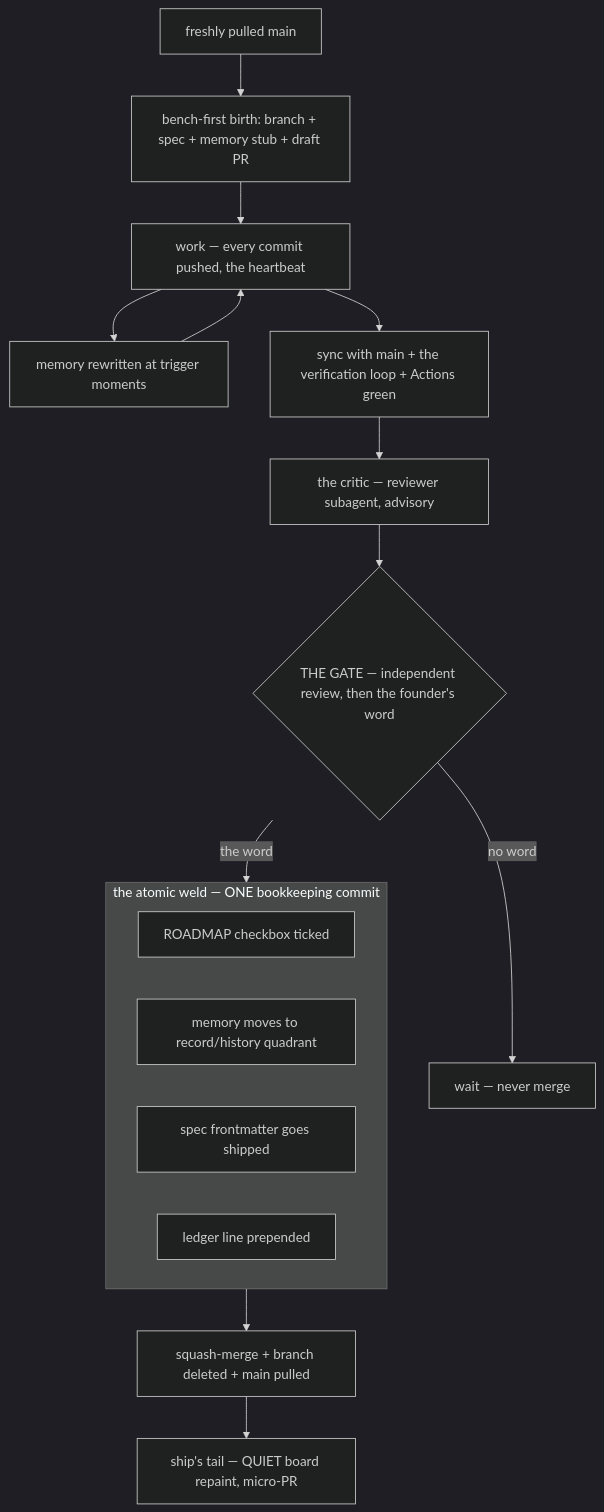
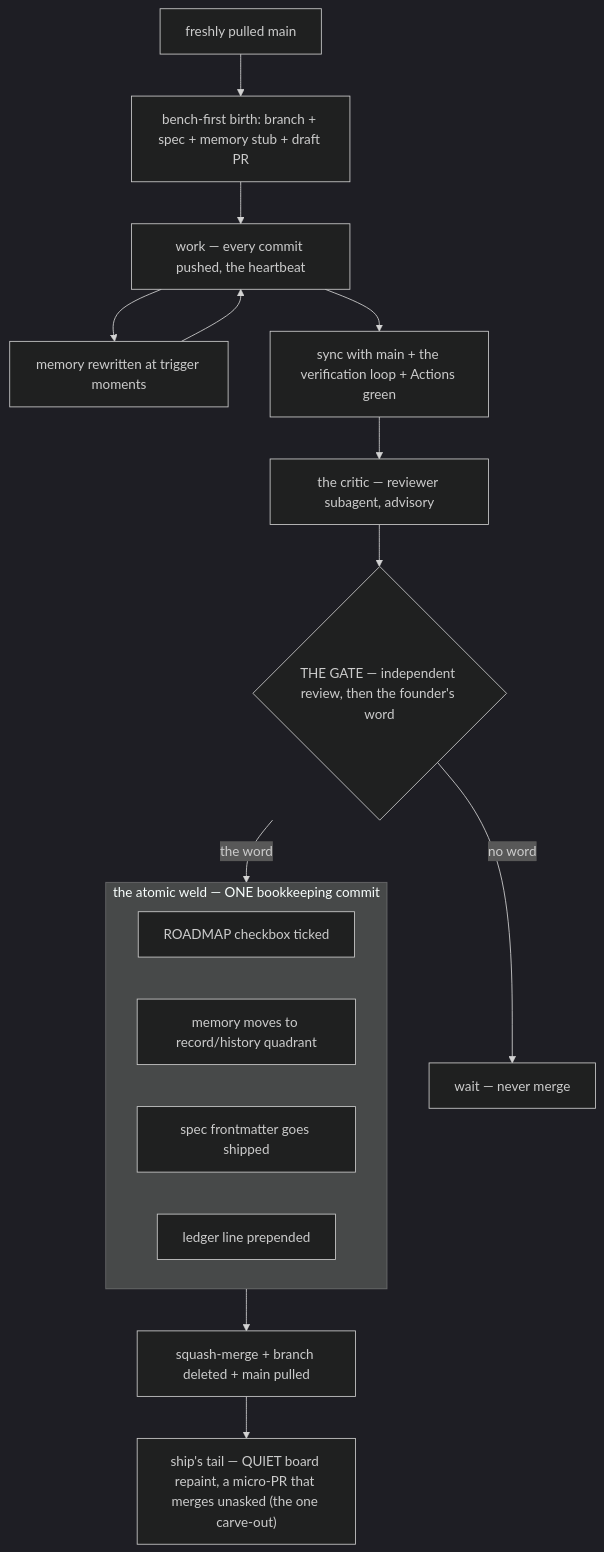
One commit to wsher0901/roam changed the first of 6 diagrams in docs/ATLAS.md. Above: the diagram before and after it, drawn with Mermaid (dark theme). The commit also changed other lines of this file and 2 other files, not shown here.

First line of the commit message:
docs: atlas — critic round (ack-token accuracy, carve-out depicted, wording repairs)

````diff
--- a/docs/ATLAS.md
+++ b/docs/ATLAS.md
@@ -23,20 +23,20 @@
 ```mermaid
 flowchart TD
   P["freshly pulled main"] --> B["bench-first birth: branch + spec + memory stub + draft PR"]
   B --> W["work — every commit pushed, the heartbeat"]
   W --> M["memory rewritten at trigger moments"]
   M --> W
   W --> V["sync with main + the verification loop + Actions green"]
   V --> C["the critic — reviewer subagent, advisory"]
   C --> G{"THE GATE — independent review, then the founder's word"}
-  G -->|"the word"| WELD
-  G -->|"no word"| WAIT["wait — never merge"]
   subgraph WELD["the atomic weld — ONE bookkeeping commit"]
     T1["ROADMAP checkbox ticked"]
     T2["memory moves to record/history quadrant"]
     T3["spec frontmatter goes shipped"]
     T4["ledger line prepended"]
   end
+  G -->|"the word"| WELD
+  G -->|"no word"| WAIT["wait — never merge"]
   WELD --> SQ["squash-merge + branch deleted + main pulled"]
-  SQ --> TAIL["ship's tail — QUIET board repaint, micro-PR"]
+  SQ --> TAIL["ship's tail — QUIET board repaint, a micro-PR that merges unasked (the one carve-out)"]
 ```
````
